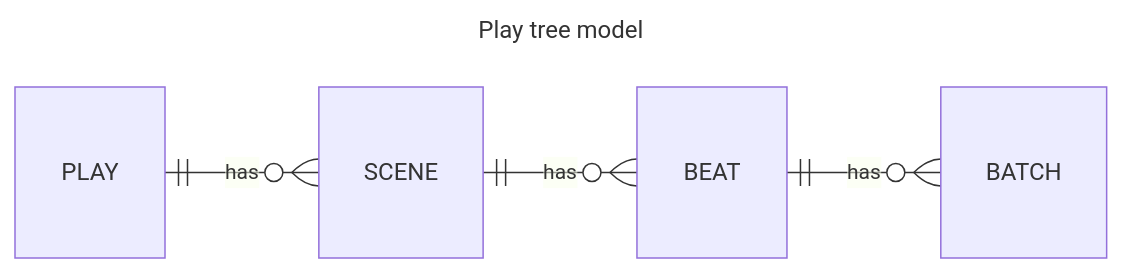
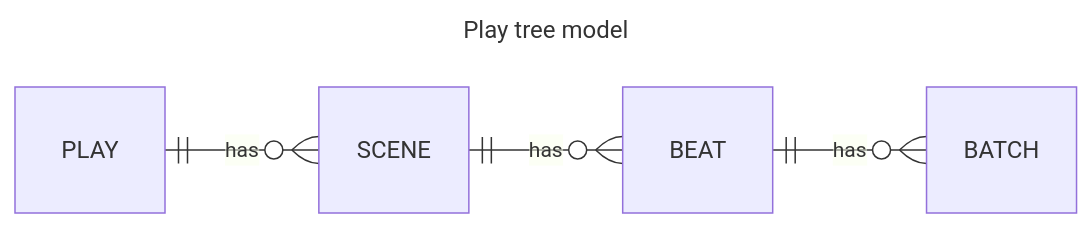
Before and after one commit to wgedeon/comfyui_play_traversal: the diagram in README.md, drawn with Mermaid.

Commit message:
finetuning mermaid

````diff
--- a/README.md
+++ b/README.md
@@ -41,15 +41,16 @@
 ```mermaid
 ---
 title: Play tree model
 config:
-  er:
+    diagramPadding: 30
+erDiagram:
     diagramPadding: 30
     useWidth: 400
 ---
 erDiagram
     direction LR
 
     PLAY ||--o{ SCENE : has
     SCENE ||--o{ BEAT : has  
     BEAT ||--o{ BATCH : has
 ```
````
